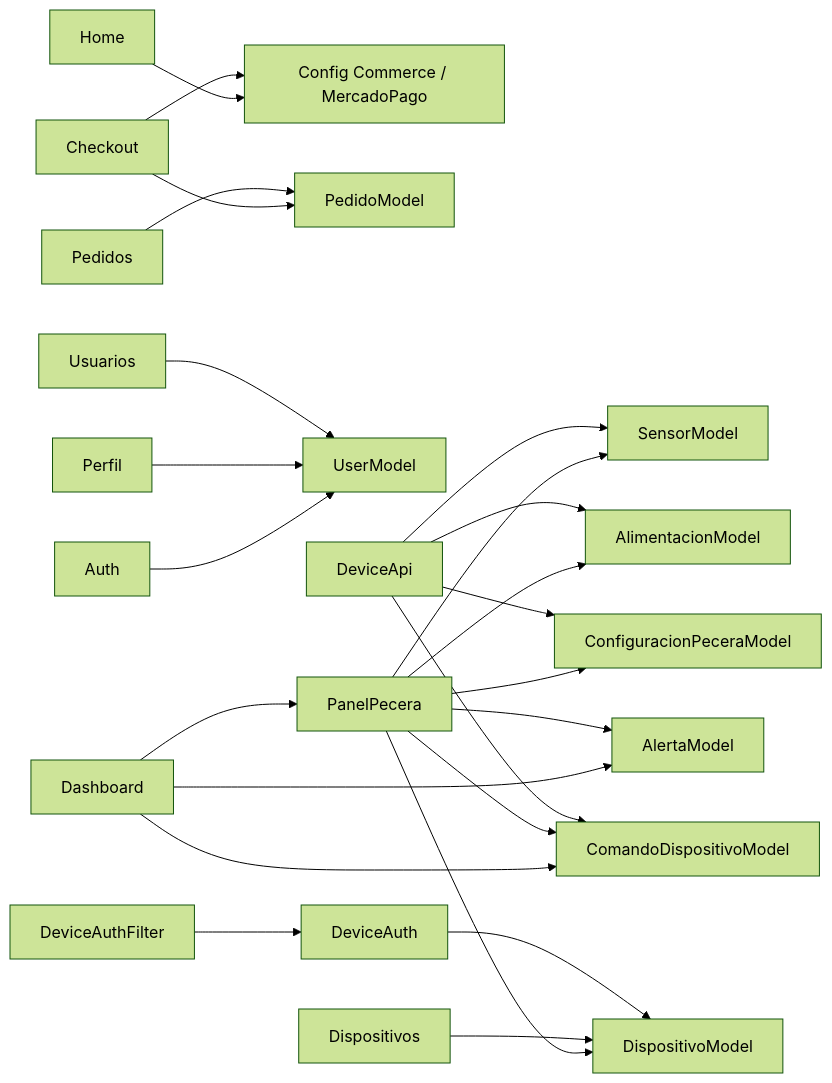
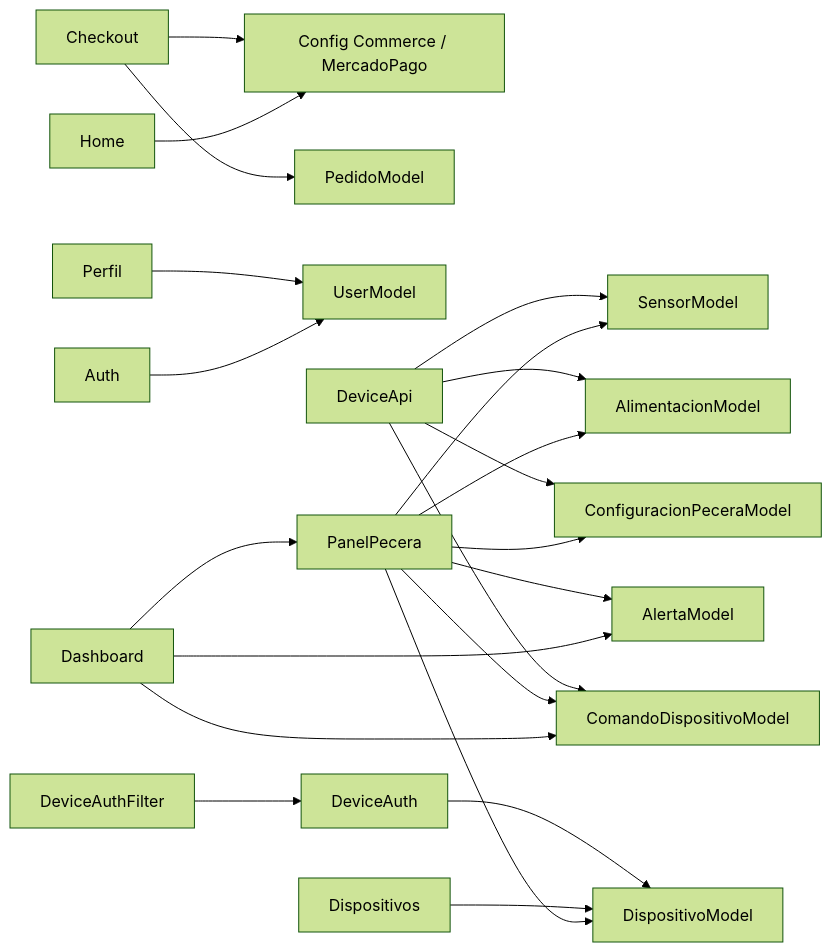
The tenth of 10 diagrams in BACKEND_DOCUMENTACION.md (TuVieja22/AquaControl), drawn with Mermaid (forest theme) before and after one commit. The commit also changed other lines of this file and 119 other files, not shown here.

````diff
--- a/BACKEND_DOCUMENTACION.md
+++ b/BACKEND_DOCUMENTACION.md
@@ -1110,26 +1086,24 @@
 ```mermaid
 flowchart LR
     Home --> Commerce[Config Commerce / MercadoPago]
     Checkout --> Commerce
     Checkout --> PedidoModel
-    Pedidos --> PedidoModel
     Auth --> UserModel
     Perfil --> UserModel
-    Usuarios --> UserModel
     Dashboard --> PanelPecera
     Dashboard --> ComandoDispositivoModel
     Dashboard --> AlertaModel
     PanelPecera --> SensorModel
     PanelPecera --> AlimentacionModel
     PanelPecera --> AlertaModel
     PanelPecera --> ConfiguracionPeceraModel
     PanelPecera --> DispositivoModel
     PanelPecera --> ComandoDispositivoModel
     DeviceApi --> SensorModel
     DeviceApi --> ComandoDispositivoModel
     DeviceApi --> AlimentacionModel
     DeviceApi --> ConfiguracionPeceraModel
     Dispositivos --> DispositivoModel
     DeviceAuthFilter --> DeviceAuth
     DeviceAuth --> DispositivoModel
 ```
````
